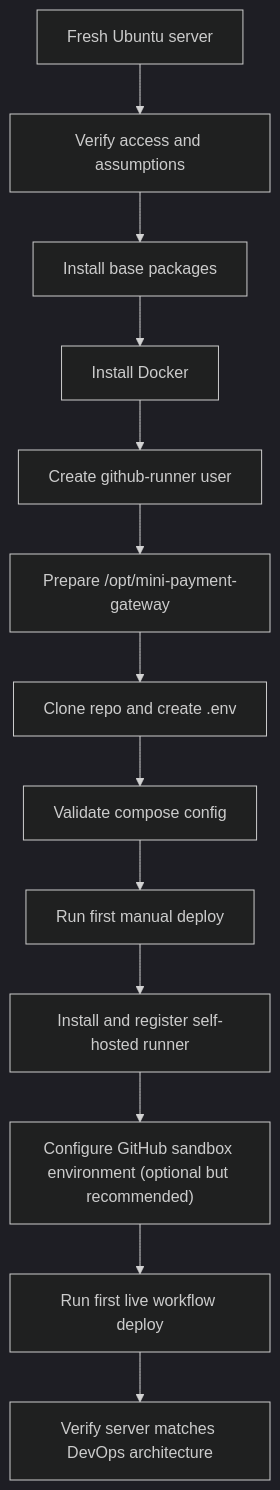
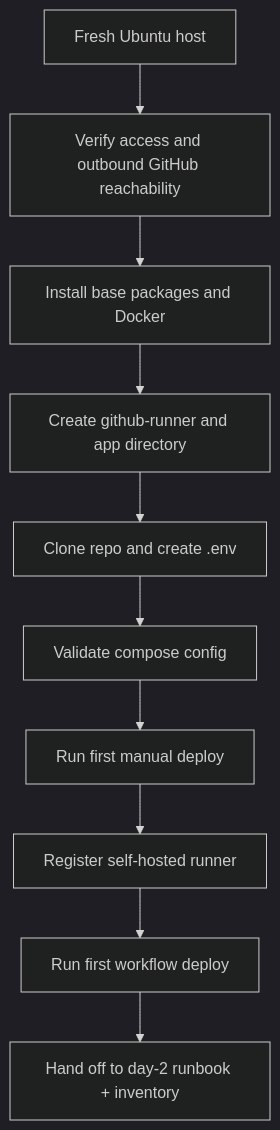
Before and after one commit to biabeogo147/mini-payment-gateway: the diagram in docs/infrastructure/sandbox-setup-from-zero.md, drawn with Mermaid (dark theme). The commit also changed other lines of this file and 6 other files, not shown here.

````diff
--- a/docs/infrastructure/sandbox-setup-from-zero.md
+++ b/docs/infrastructure/sandbox-setup-from-zero.md
@@ -40,15 +47,12 @@
 ```mermaid
 flowchart TB
-    A["Fresh Ubuntu server"] --> B["Verify access and assumptions"]
-    B --> C["Install base packages"]
-    C --> D["Install Docker"]
-    D --> E["Create github-runner user"]
-    E --> F["Prepare /opt/mini-payment-gateway"]
-    F --> G["Clone repo and create .env"]
-    G --> H["Validate compose config"]
-    H --> I["Run first manual deploy"]
-    I --> J["Install and register self-hosted runner"]
-    J --> K["Configure GitHub sandbox environment (optional but recommended)"]
-    K --> L["Run first live workflow deploy"]
-    L --> M["Verify server matches DevOps architecture"]
+    A["Fresh Ubuntu host"] --> B["Verify access and outbound GitHub reachability"]
+    B --> C["Install base packages and Docker"]
+    C --> D["Create github-runner and app directory"]
+    D --> E["Clone repo and create .env"]
+    E --> F["Validate compose config"]
+    F --> G["Run first manual deploy"]
+    G --> H["Register self-hosted runner"]
+    H --> I["Run first workflow deploy"]
+    I --> J["Hand off to day-2 runbook + inventory"]
 ```
````
